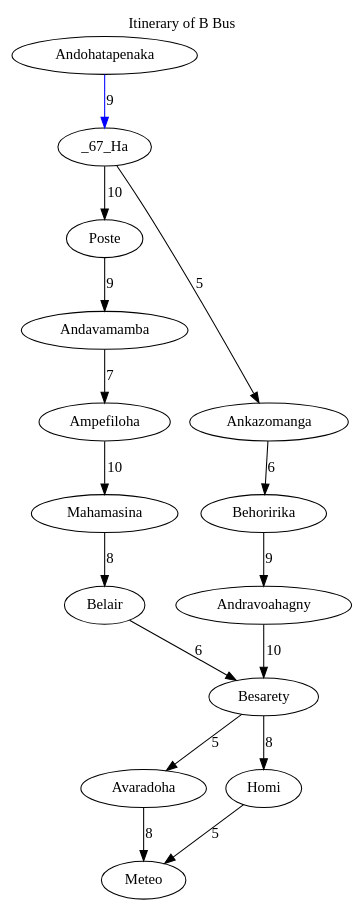
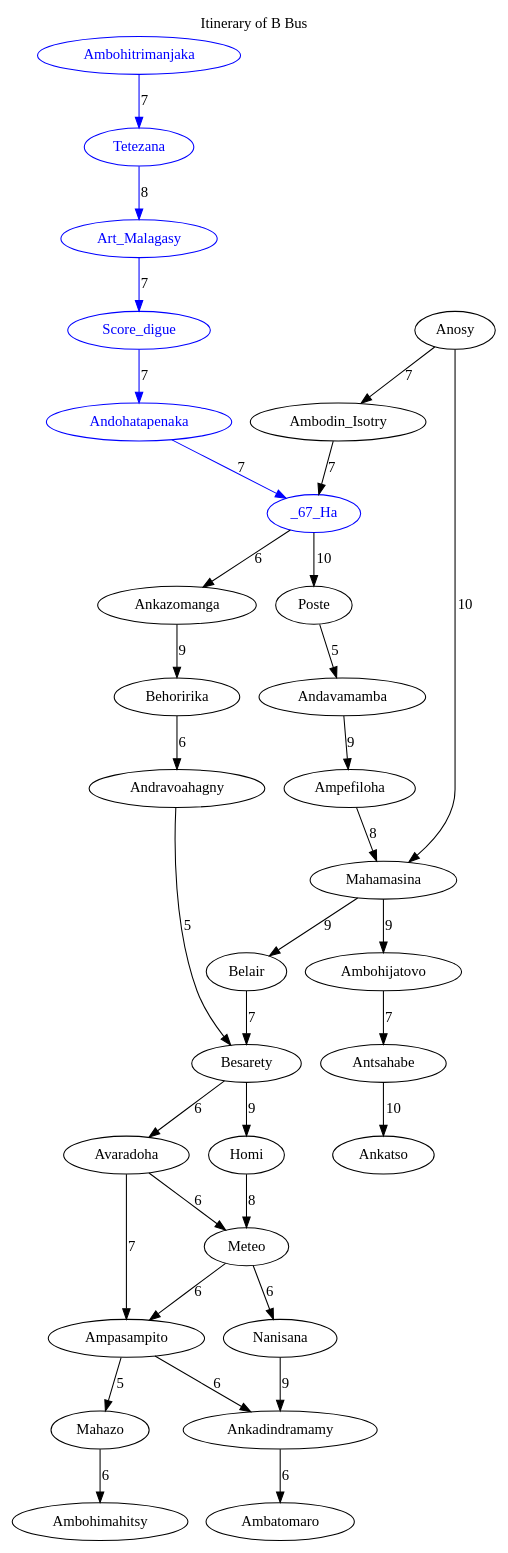
The diagram in out/bus_B.gv (Online13/bus-path-finding), drawn with Graphviz before and after one commit. The commit also changed 38 other files, not shown here.

```diff
--- a/out/bus_B.gv
+++ b/out/bus_B.gv
@@ -1,17 +1,75 @@
 digraph G {
-	labelloc="t"	label="Itinerary of B Bus"	Andavamamba -> Ampefiloha [weight=7, label="7"];
-	Ampefiloha -> Mahamasina [weight=10, label="10"];
+	labelloc="t"	label="Itinerary of B Bus"	Ambodin_Isotry -> _67_Ha [weight=7, label="7"];
+	Art_Malagasy -> Score_digue [color="blue", weight=7, label="7"];
+	Antsahabe -> Ankatso [weight=10, label="10"];
+	Andavamamba -> Ampefiloha [weight=9, label="9"];
+	Ampefiloha -> Mahamasina [weight=8, label="8"];
 	_67_Ha -> Poste [weight=10, label="10"];
-	Andohatapenaka -> _67_Ha [color="blue", weight=9, label="9"];
-	Mahamasina -> Belair [weight=8, label="8"];
-	Ankazomanga -> Behoririka [weight=6, label="6"];
-	Andravoahagny -> Besarety [weight=10, label="10"];
-	Besarety -> Avaradoha [weight=5, label="5"];
-	Homi -> Meteo [weight=5, label="5"];
-	Besarety -> Homi [weight=8, label="8"];
-	Poste -> Andavamamba [weight=9, label="9"];
-	_67_Ha -> Ankazomanga [weight=5, label="5"];
-	Behoririka -> Andravoahagny [weight=9, label="9"];
-	Belair -> Besarety [weight=6, label="6"];
-	Avaradoha -> Meteo [weight=8, label="8"];
+	Meteo -> Ampasampito [weight=6, label="6"];
+	Andohatapenaka -> _67_Ha [color="blue", weight=7, label="7"];
+	Meteo -> Nanisana [weight=6, label="6"];
+	Mahamasina -> Belair [weight=9, label="9"];
+	Ankazomanga -> Behoririka [weight=9, label="9"];
+	Andravoahagny -> Besarety [weight=5, label="5"];
+	Besarety -> Avaradoha [weight=6, label="6"];
+	Ambohitrimanjaka -> Tetezana [color="blue", weight=7, label="7"];
+	Homi -> Meteo [weight=8, label="8"];
+	Ampasampito -> Mahazo [weight=5, label="5"];
+	Besarety -> Homi [weight=9, label="9"];
+	Tetezana -> Art_Malagasy [color="blue", weight=8, label="8"];
+	Ampasampito -> Ankadindramamy [weight=6, label="6"];
+	Poste -> Andavamamba [weight=5, label="5"];
+	_67_Ha -> Ankazomanga [weight=6, label="6"];
+	Behoririka -> Andravoahagny [weight=6, label="6"];
+	Score_digue -> Andohatapenaka [color="blue", weight=7, label="7"];
+	Mahamasina -> Ambohijatovo [weight=9, label="9"];
+	Anosy -> Mahamasina [weight=10, label="10"];
+	Ankadindramamy -> Ambatomaro [weight=6, label="6"];
+	Mahazo -> Ambohimahitsy [weight=6, label="6"];
+	Anosy -> Ambodin_Isotry [weight=7, label="7"];
+	Belair -> Besarety [weight=7, label="7"];
+	Avaradoha -> Meteo [weight=6, label="6"];
+	Ambohijatovo -> Antsahabe [weight=7, label="7"];
+	Avaradoha -> Ampasampito [weight=7, label="7"];
+	Nanisana -> Ankadindramamy [weight=9, label="9"];
+	Art_Malagasy [color="blue", fontcolor="blue"];
+	Andohatapenaka [color="blue", fontcolor="blue"];
+	Tetezana [color="blue", fontcolor="blue"];
+	_67_Ha [color="blue", fontcolor="blue"];
+	Ambohitrimanjaka [color="blue", fontcolor="blue"];
+	Score_digue [color="blue", fontcolor="blue"];
+	Poste;
+	Andavamamba;
+	Mahamasina;
+	Ambohijatovo;
+	_67_Ha [color="blue", fontcolor="blue"];
+	Ankatso;
+	Ampefiloha;
+	Antsahabe;
+	Mahamasina;
+	Anosy;
+	Besarety;
+	Meteo;
+	Nanisana;
+	Avaradoha;
+	Belair;
+	Ankadindramamy;
+	Ambatomaro;
+	Ampasampito;
+	Anosy;
+	Behoririka;
+	Besarety;
+	Meteo;
+	Ambodin_Isotry;
+	_67_Ha [color="blue", fontcolor="blue"];
+	Ankazomanga;
+	Homi;
+	Andravoahagny;
+	Ankadindramamy;
+	Ambatomaro;
+	Ampasampito;
+	Besarety;
+	Ambohimahitsy;
+	Avaradoha;
+	Mahazo;
 }
```
